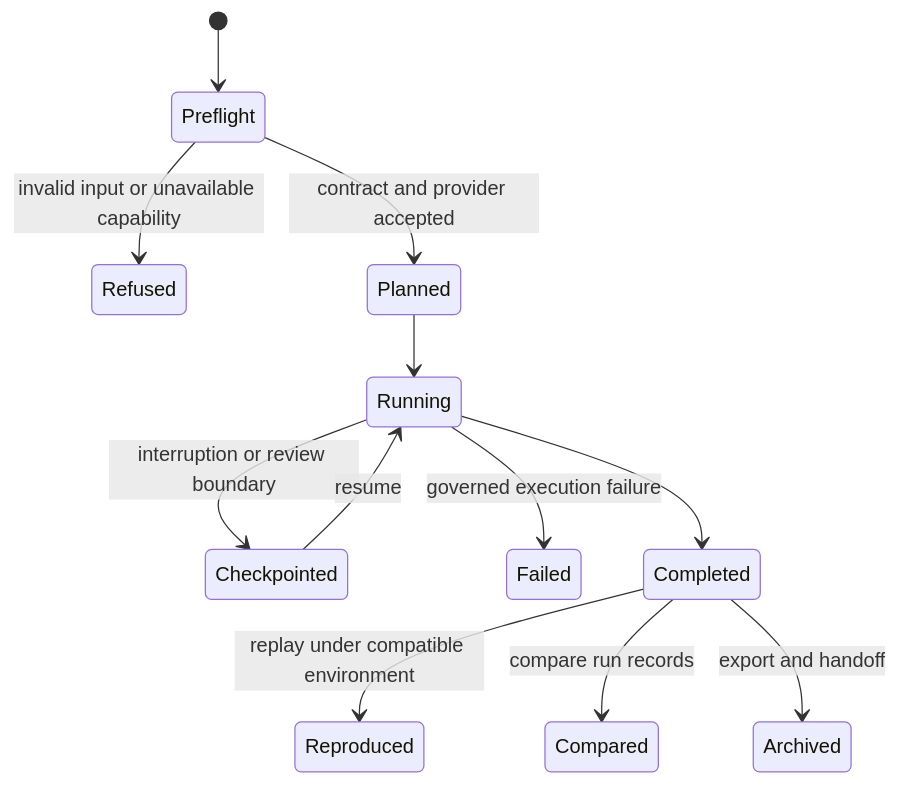
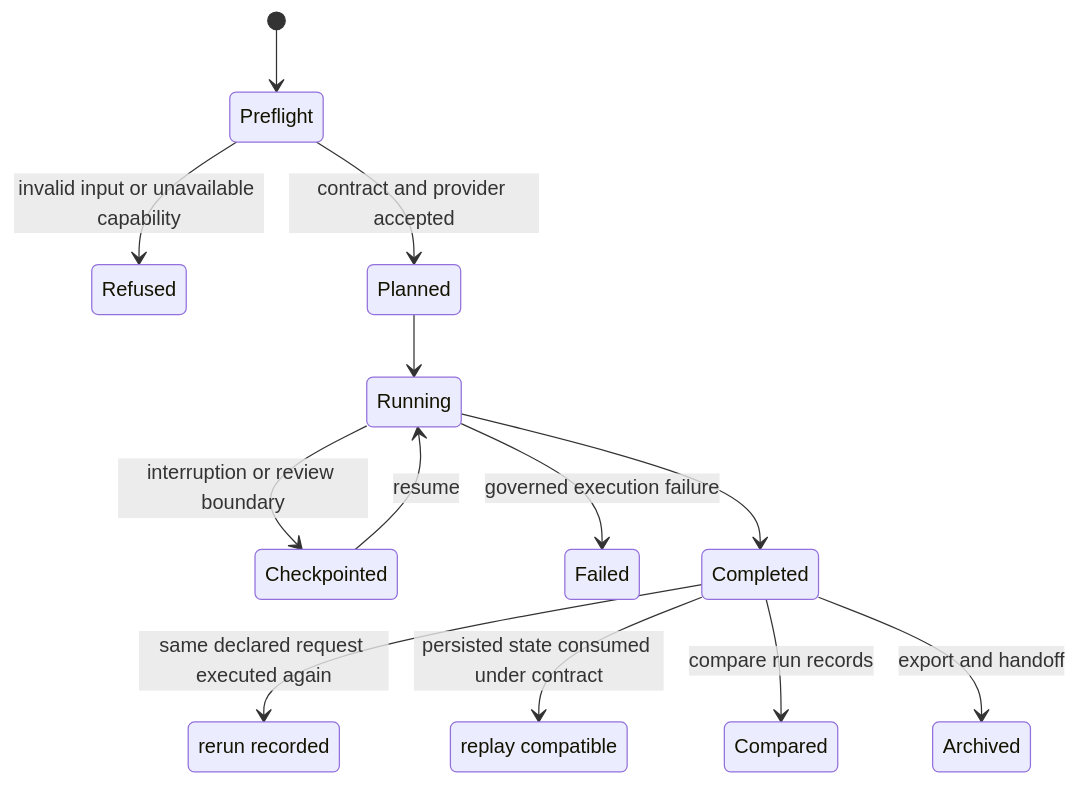
Before and after one commit to bijux/bijux-proteomics: the first of 4 diagrams in docs/09-bijux-proteomics-runtime/index.md, drawn with Mermaid. The commit also changed other lines of this file and 1 other file, not shown here.

Commit message:
docs(execution): distinguish operational proof from consequence authority

````diff
--- a/docs/09-bijux-proteomics-runtime/index.md
+++ b/docs/09-bijux-proteomics-runtime/index.md
@@ -24,14 +24,17 @@
 ```mermaid
 stateDiagram-v2
+    state "rerun recorded" as RerunRecorded
+    state "replay compatible" as ReplayCompatible
     [*] --> Preflight
     Preflight --> Refused: invalid input or unavailable capability
     Preflight --> Planned: contract and provider accepted
     Planned --> Running
     Running --> Checkpointed: interruption or review boundary
     Checkpointed --> Running: resume
     Running --> Failed: governed execution failure
     Running --> Completed
-    Completed --> Reproduced: replay under compatible environment
+    Completed --> RerunRecorded: same declared request executed again
+    Completed --> ReplayCompatible: persisted state consumed under contract
     Completed --> Compared: compare run records
     Completed --> Archived: export and handoff
 ```
````
